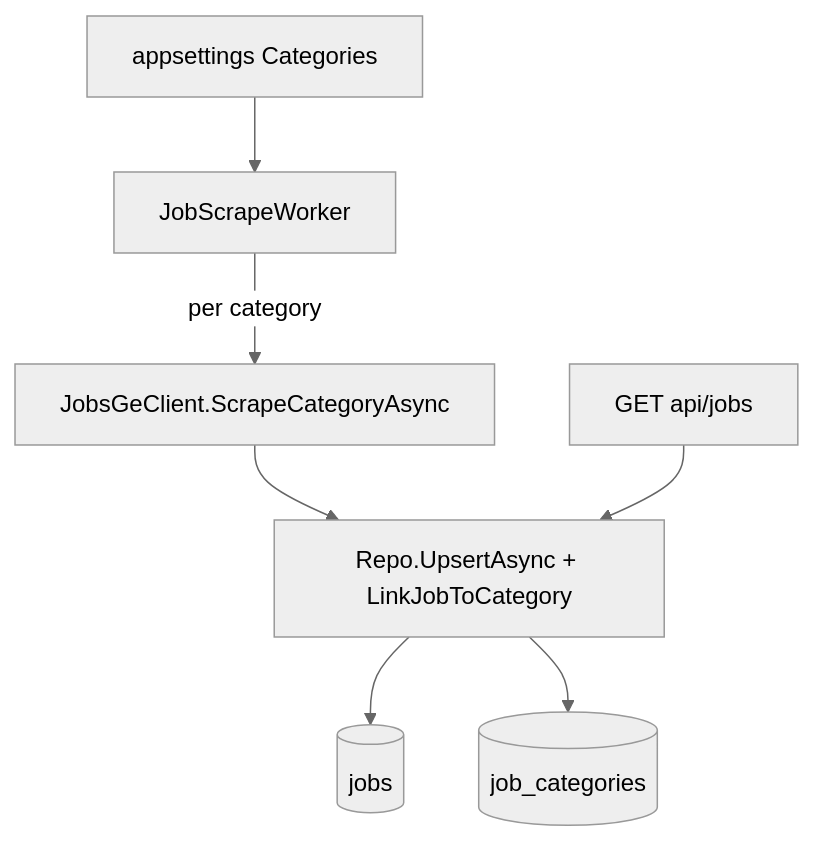
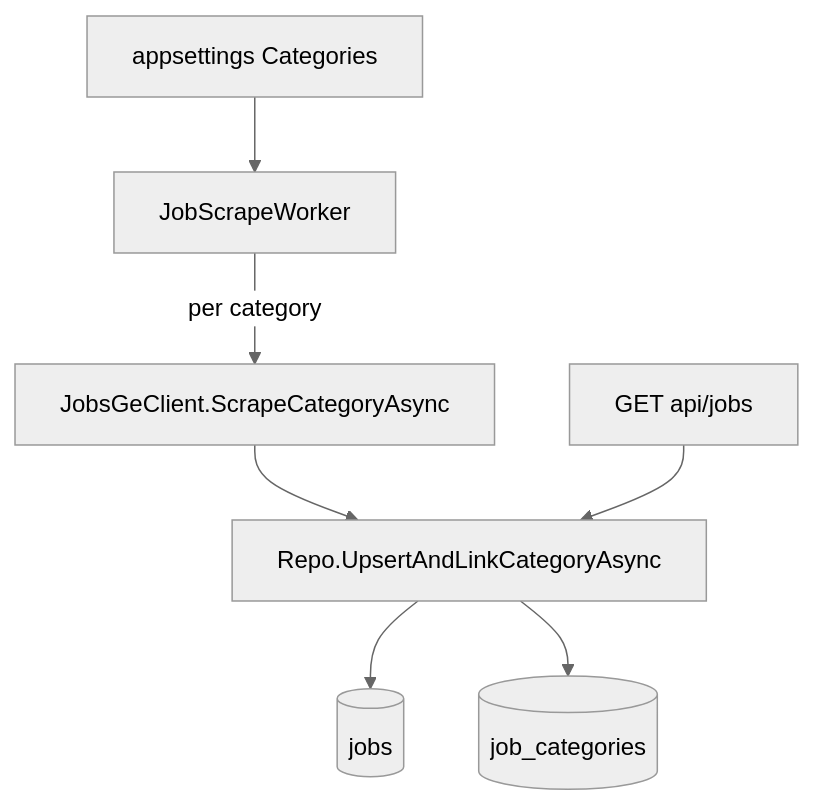
One commit to gotsiridzes/JobsGeParser changed the diagram in Readme.MD. Above: the diagram before and after it, drawn with Mermaid (neutral theme). The commit also changed other lines of this file and 11 other files, not shown here.

````diff
--- a/Readme.MD
+++ b/Readme.MD
@@ -37,9 +37,9 @@
 ```mermaid
 flowchart TB
     Config[appsettings Categories] --> Worker[JobScrapeWorker]
     Worker -->|"per category"| Client[JobsGeClient.ScrapeCategoryAsync]
-    Client --> Repo[Repo.UpsertAsync + LinkJobToCategory]
+    Client --> Repo[Repo.UpsertAndLinkCategoryAsync]
     Repo --> Jobs[(jobs)]
     Repo --> JobCategories[(job_categories)]
     Endpoints[GET api/jobs] --> Repo
 ```
````
